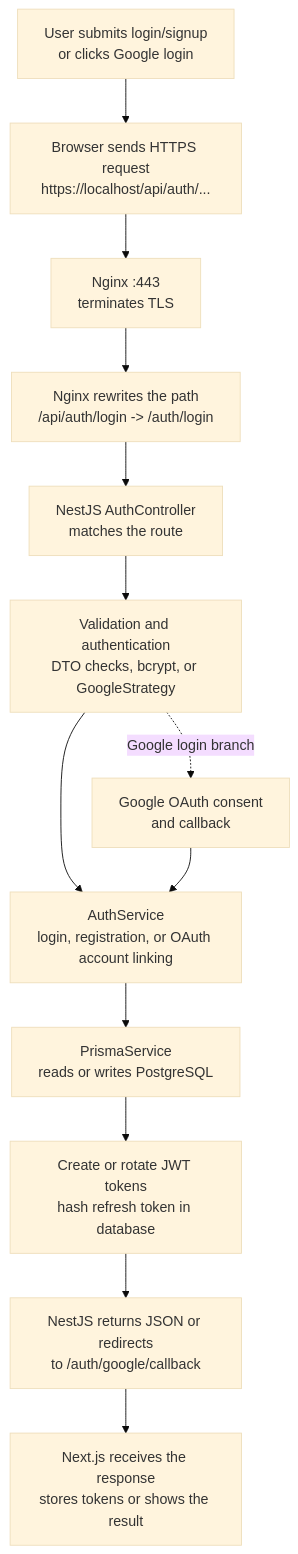
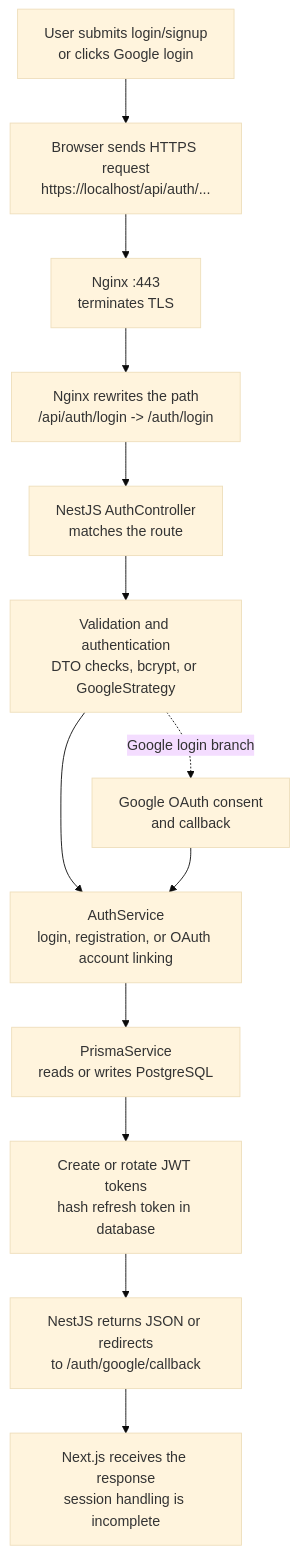
One commit to ALIELYOUSS/ft_transcendence changed the fourth of 7 diagrams in README.md. Above: the diagram before and after it, drawn with Mermaid (base theme). The commit also changed other lines of this file, not shown here.

````diff
--- a/README.md
+++ b/README.md
@@ -176,28 +176,28 @@
 ```mermaid
 flowchart TD
     Start["User submits login/signup<br/>or clicks Google login"]
     HTTPS["Browser sends HTTPS request<br/>https://localhost/api/auth/..."]
     Proxy["Nginx :443<br/>terminates TLS"]
     Rewrite["Nginx rewrites the path<br/>/api/auth/login -> /auth/login"]
     Controller["NestJS AuthController<br/>matches the route"]
     Validate["Validation and authentication<br/>DTO checks, bcrypt, or GoogleStrategy"]
     Service["AuthService<br/>login, registration, or OAuth account linking"]
     Database["PrismaService<br/>reads or writes PostgreSQL"]
     Tokens["Create or rotate JWT tokens<br/>hash refresh token in database"]
     Response["NestJS returns JSON or redirects<br/>to /auth/google/callback"]
-    Frontend["Next.js receives the response<br/>stores tokens or shows the result"]
+    Frontend["Next.js receives the response<br/>session handling is incomplete"]
     Google["Google OAuth consent<br/>and callback"]
 
     Start --> HTTPS
     HTTPS --> Proxy
     Proxy --> Rewrite
     Rewrite --> Controller
     Controller --> Validate
     Validate --> Service
     Service --> Database
     Database --> Tokens
     Tokens --> Response
     Response --> Frontend
     Validate -. "Google login branch" .-> Google
     Google --> Service
 ```
````
